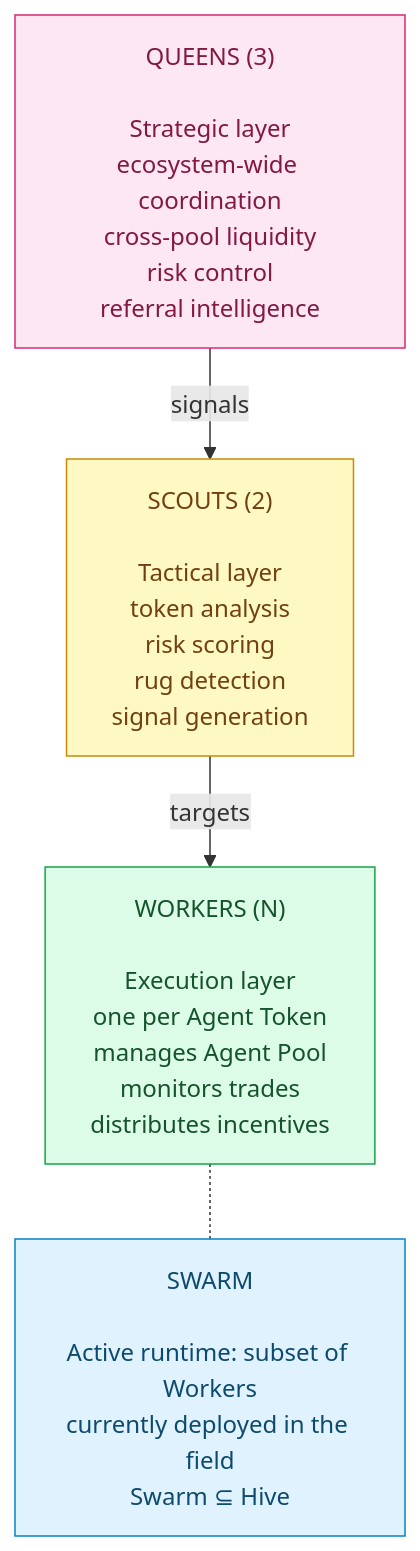
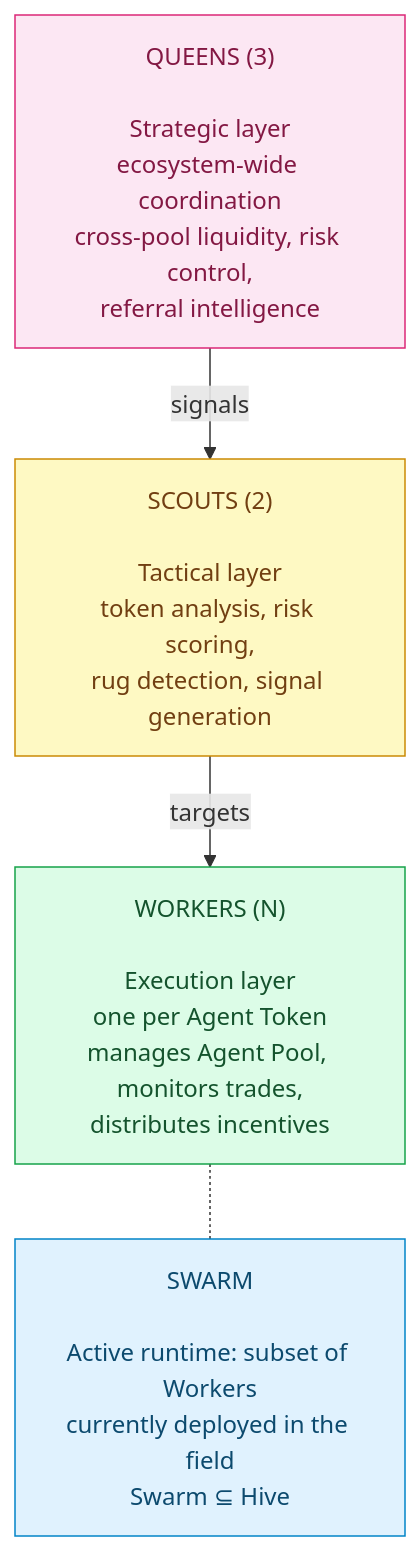
Before and after one commit to Binibit/docs: the diagram in agent-hive/overview.mdx, drawn with Mermaid. The commit also changed other lines of this file and 19 other files, not shown here.

````diff
--- a/agent-hive/overview.mdx
+++ b/agent-hive/overview.mdx
@@ -14,21 +14,21 @@
 ```mermaid
 flowchart TB
-    Queens["QUEENS (3)<br/><br/>Strategic layer<br/>ecosystem-wide coordination<br/>cross-pool liquidity<br/>risk control<br/>referral intelligence"]
-    Scouts["SCOUTS (2)<br/><br/>Tactical layer<br/>token analysis<br/>risk scoring<br/>rug detection<br/>signal generation"]
-    Workers["WORKERS (N)<br/><br/>Execution layer<br/>one per Agent Token<br/>manages Agent Pool<br/>monitors trades<br/>distributes incentives"]
+    Queens["QUEENS (3)<br/><br/>Strategic layer<br/>ecosystem-wide coordination<br/>cross-pool liquidity, risk control,<br/>referral intelligence"]
+    Scouts["SCOUTS (2)<br/><br/>Tactical layer<br/>token analysis, risk scoring,<br/>rug detection, signal generation"]
+    Workers["WORKERS (N)<br/><br/>Execution layer<br/>one per Agent Token<br/>manages Agent Pool, monitors trades,<br/>distributes incentives"]
     Swarm["SWARM<br/><br/>Active runtime: subset of Workers<br/>currently deployed in the field<br/>Swarm ⊆ Hive"]
 
     Queens -- signals --> Scouts
     Scouts -- targets --> Workers
     Workers -.- Swarm
 
     classDef queen fill:#fce7f3,stroke:#db2777,color:#831843
     classDef scout fill:#fef9c3,stroke:#ca8a04,color:#713f12
     classDef worker fill:#dcfce7,stroke:#16a34a,color:#14532d
     classDef swarm fill:#e0f2fe,stroke:#0284c7,color:#0c4a6e
 
     class Queens queen
     class Scouts scout
     class Workers worker
     class Swarm swarm
 ```
````
